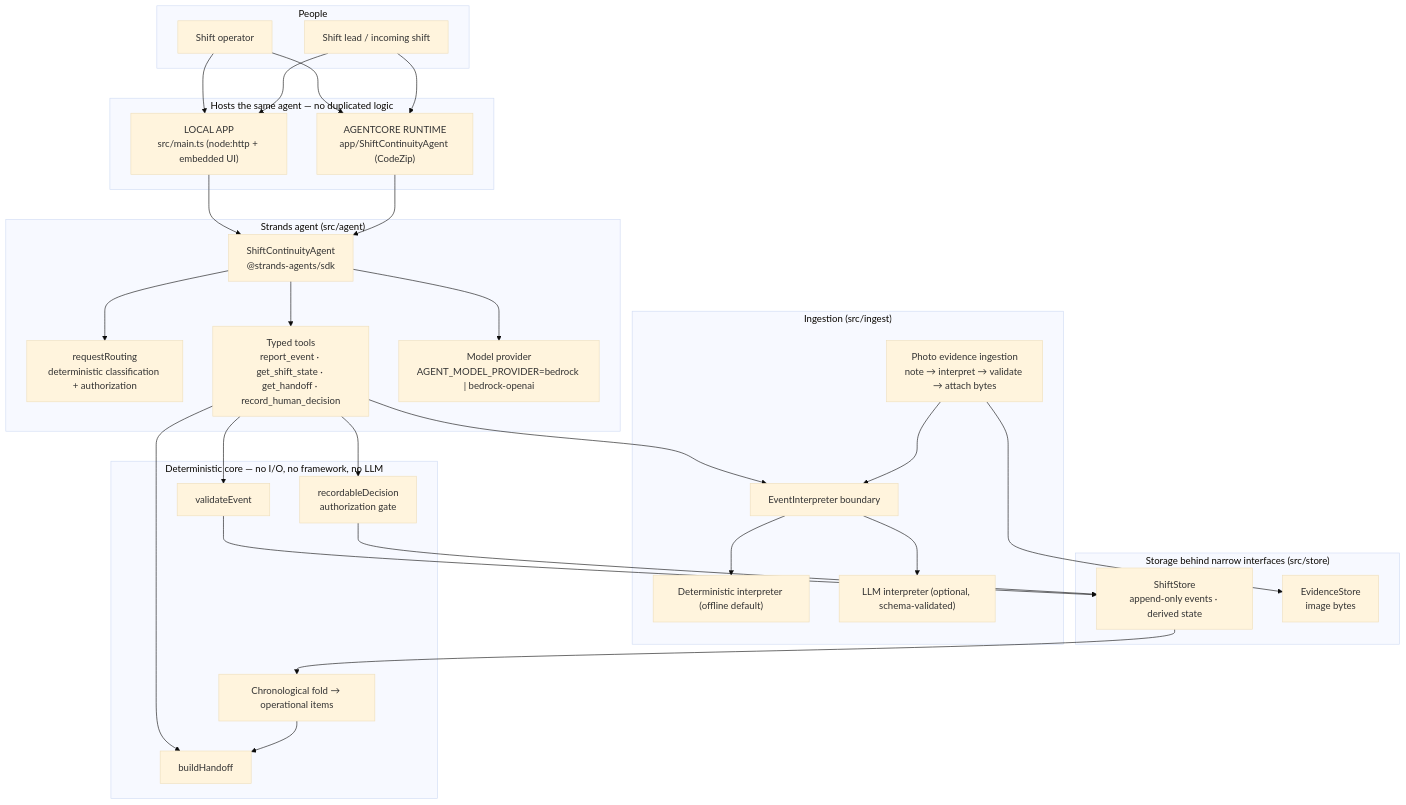
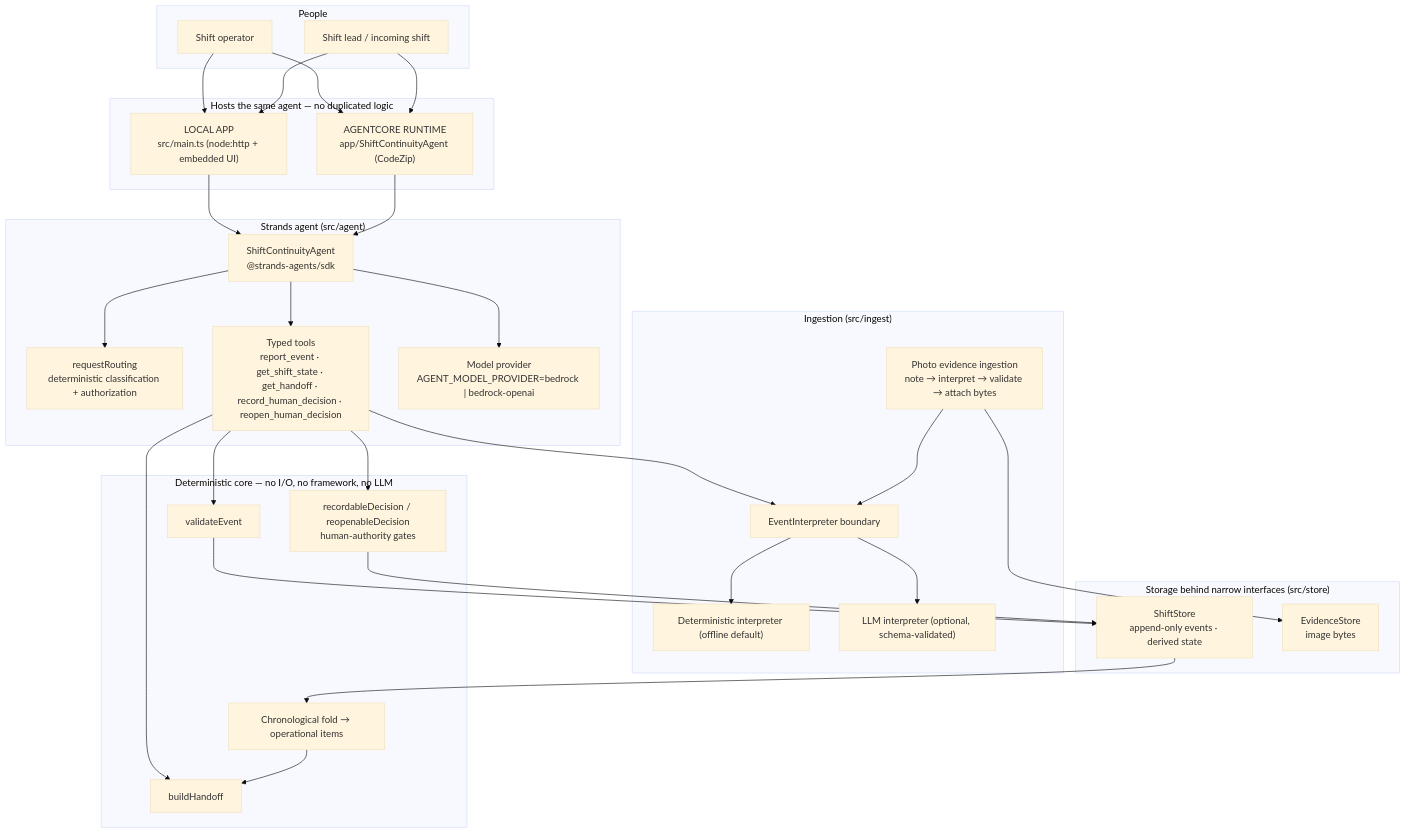
One commit to insertusernamed/shift-continuity-agent changed the first of 4 diagrams in docs/ARCHITECTURE.md. Above: the diagram before and after it, drawn with Mermaid (base theme). The commit also changed other lines of this file and 41 other files, not shown here.

First line of the commit message:
feat: add auditable decision reopen workflow

````diff
--- a/docs/ARCHITECTURE.md
+++ b/docs/ARCHITECTURE.md
@@ -7,60 +7,60 @@
 ```mermaid
 flowchart TD
   subgraph people["People"]
     OP["Shift operator"]
     LEAD["Shift lead / incoming shift"]
   end
 
   subgraph hosts["Hosts the same agent — no duplicated logic"]
     LOCAL["LOCAL APP<br/>src/main.ts (node:http + embedded UI)"]
     AC["AGENTCORE RUNTIME<br/>app/ShiftContinuityAgent (CodeZip)"]
   end
 
   subgraph agent["Strands agent (src/agent)"]
     SCA["ShiftContinuityAgent<br/>@strands-agents/sdk"]
     ROUTE["requestRouting<br/>deterministic classification + authorization"]
-    TOOLS["Typed tools<br/>report_event · get_shift_state · get_handoff · record_human_decision"]
+    TOOLS["Typed tools<br/>report_event · get_shift_state · get_handoff · record_human_decision · reopen_human_decision"]
     MODEL["Model provider<br/>AGENT_MODEL_PROVIDER=bedrock | bedrock-openai"]
   end
 
   subgraph ingest["Ingestion (src/ingest)"]
     INTERP["EventInterpreter boundary"]
     DETERM["Deterministic interpreter (offline default)"]
     LLM["LLM interpreter (optional, schema-validated)"]
     PHOTO["Photo evidence ingestion<br/>note → interpret → validate → attach bytes"]
   end
 
   subgraph core["Deterministic core — no I/O, no framework, no LLM"]
     VALIDATE["validateEvent"]
     FOLD["Chronological fold → operational items"]
     HANDOFF["buildHandoff"]
-    DECIDE["recordableDecision<br/>authorization gate"]
+    DECIDE["recordableDecision / reopenableDecision<br/>human-authority gates"]
   end
 
   subgraph data["Storage behind narrow interfaces (src/store)"]
     STORE["ShiftStore<br/>append-only events · derived state"]
     EVID["EvidenceStore<br/>image bytes"]
   end
 
   OP --> LOCAL
   LEAD --> LOCAL
   OP --> AC
   LEAD --> AC
   LOCAL --> SCA
   AC --> SCA
   SCA --> ROUTE
   SCA --> MODEL
   SCA --> TOOLS
   TOOLS --> INTERP
   TOOLS --> VALIDATE
   TOOLS --> HANDOFF
   TOOLS --> DECIDE
   INTERP --> DETERM
   INTERP --> LLM
   PHOTO --> INTERP
   PHOTO --> EVID
   VALIDATE --> STORE
   STORE --> FOLD
   FOLD --> HANDOFF
   DECIDE --> STORE
 ```
````
